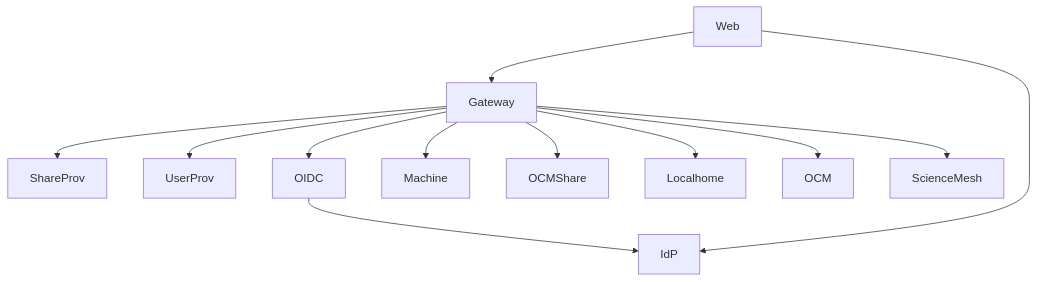
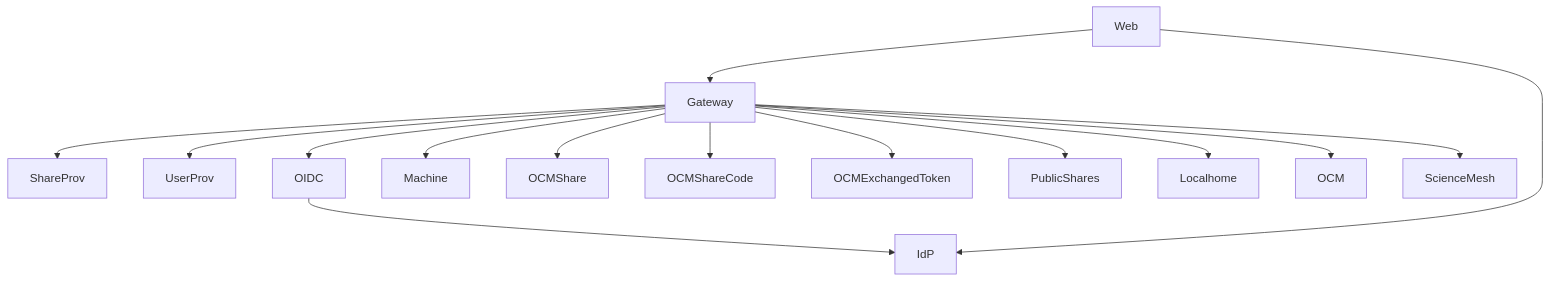
One commit to MahdiBaghbani/containers changed the diagram in services/cernbox-revad/docs/services.md. Above: the diagram before and after it, drawn with Mermaid. The commit also changed other lines of this file and 28 other files, not shown here.

````diff
--- a/services/cernbox-revad/docs/services.md
+++ b/services/cernbox-revad/docs/services.md
@@ -119,14 +135,17 @@
 ```mermaid
 graph TD
     Gateway --> ShareProv
     Gateway --> UserProv
     Gateway --> OIDC
     Gateway --> Machine
     Gateway --> OCMShare
+    Gateway --> OCMShareCode
+    Gateway --> OCMExchangedToken
+    Gateway --> PublicShares
     Gateway --> Localhome
     Gateway --> OCM
     Gateway --> ScienceMesh
     OIDC --> IdP
     Web --> Gateway
     Web --> IdP
 ```
````
